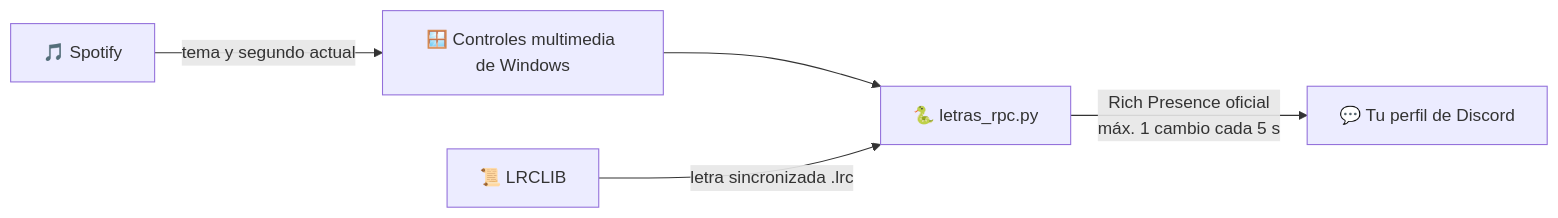
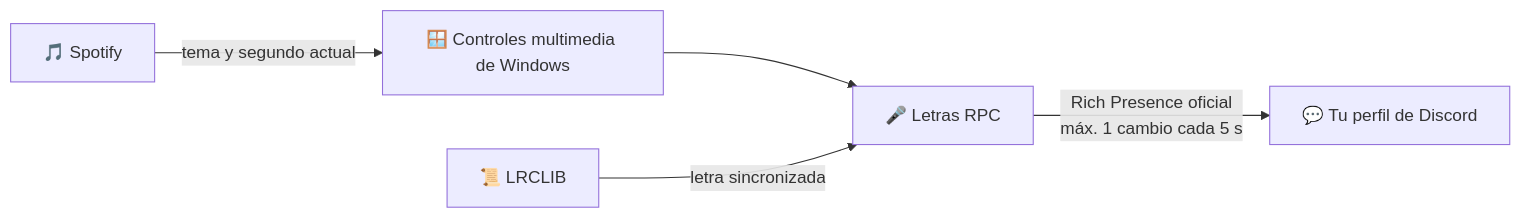
The diagram in README.md (tomasamrein/letras-rpc), drawn with Mermaid before and after one commit. The commit also changed other lines of this file and 6 other files, not shown here.

````diff
--- a/README.md
+++ b/README.md
@@ -40,7 +87,7 @@
 ```mermaid
 flowchart LR
     A[🎵 Spotify] -->|tema y segundo actual| B[🪟 Controles multimedia de Windows]
-    B --> C[🐍 letras_rpc.py]
-    D[📜 LRCLIB] -->|letra sincronizada .lrc| C
+    B --> C[🎤 Letras RPC]
+    D[📜 LRCLIB] -->|letra sincronizada| C
     C -->|Rich Presence oficial<br/>máx. 1 cambio cada 5 s| E[💬 Tu perfil de Discord]
 ```
````
